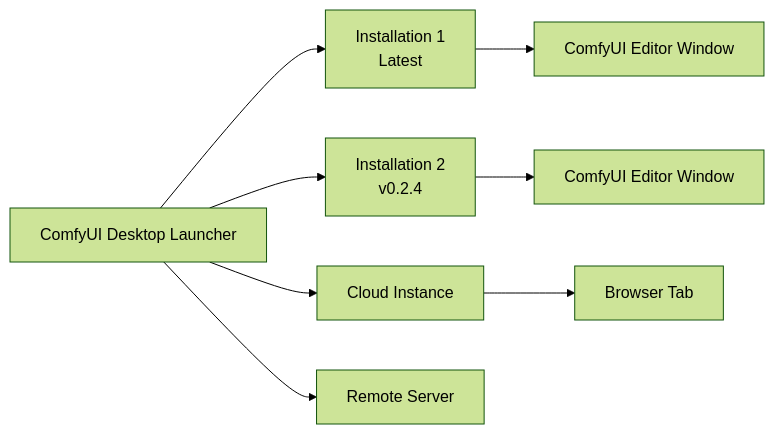
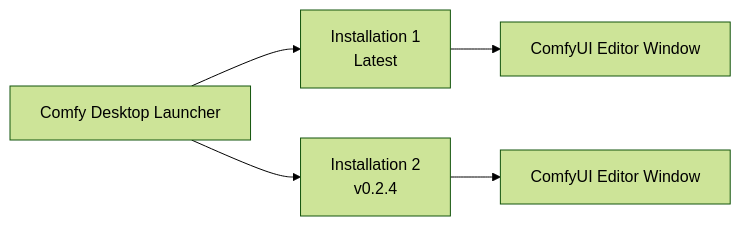
One commit to Comfy-Org/docs changed the diagram in installation/desktop/overview.mdx. Above: the diagram before and after it, drawn with Mermaid (forest theme). The commit also changed other lines of this file and 20 other files, not shown here.

Commit message:
Align Desktop docs with actual repo: fix brand name (ComfyUI Desktop → Comfy Desktop), download link, data paths, feature cards, GPU reqs; remove non-existent features (model downloads, cloud/remote installs)

````diff
--- a/installation/desktop/overview.mdx
+++ b/installation/desktop/overview.mdx
@@ -40,10 +42,7 @@
 ```mermaid
 flowchart LR
-    A[ComfyUI Desktop Launcher] --> B[Installation 1<br/>Latest]
+    A[Comfy Desktop Launcher] --> B[Installation 1<br/>Latest]
     A --> C[Installation 2<br/>v0.2.4]
-    A --> D[Cloud Instance]
-    A --> E[Remote Server]
     B --> F[ComfyUI Editor Window]
     C --> G[ComfyUI Editor Window]
-    D --> H[Browser Tab]
 ```
````
